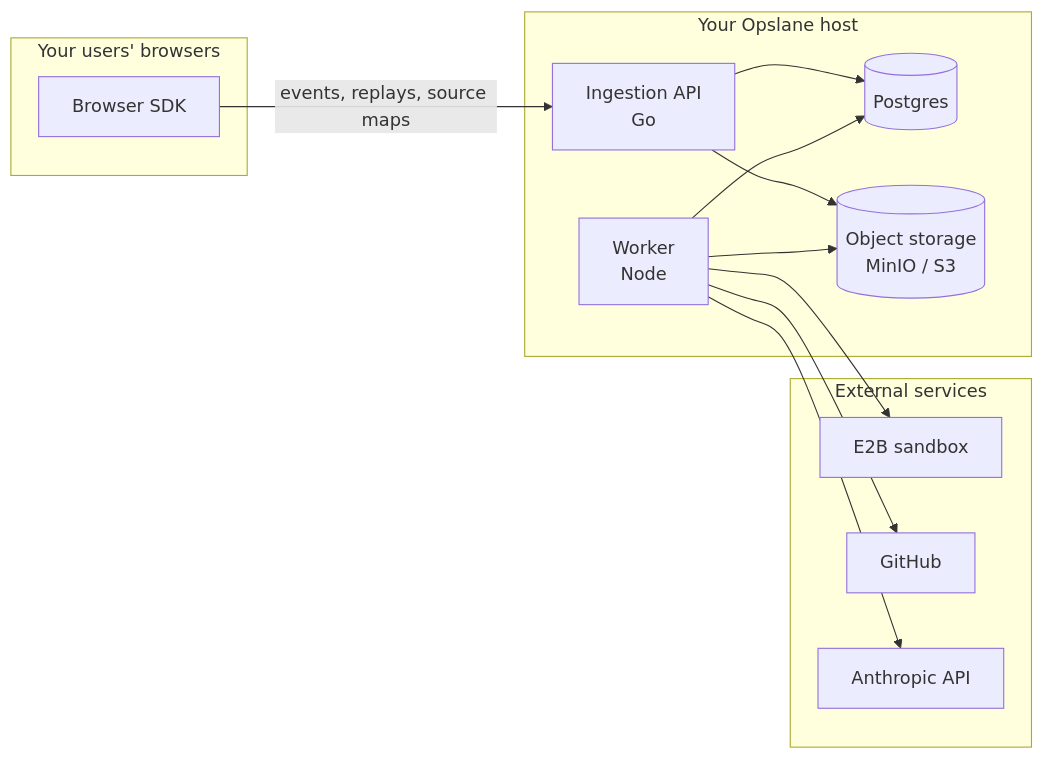
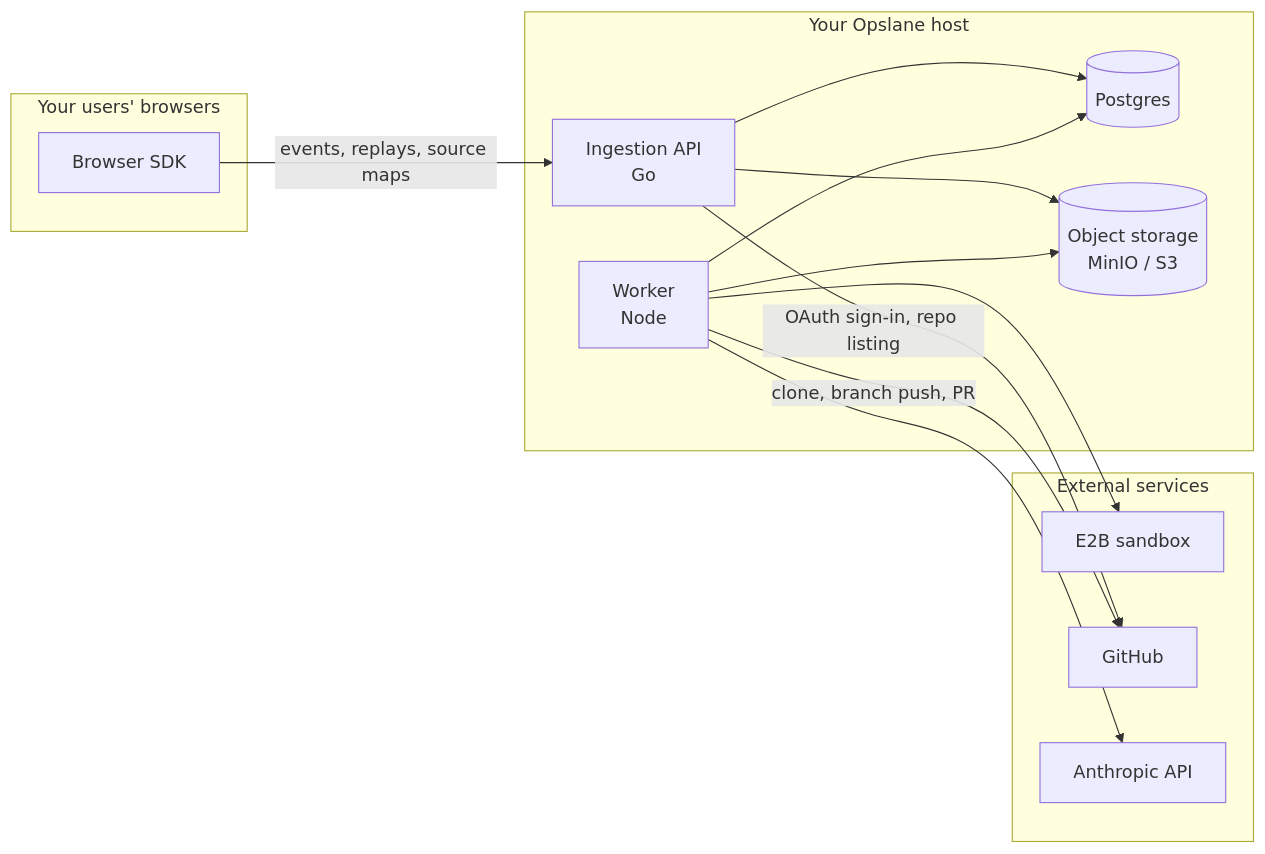
One commit to opslane/opslane-oss changed the diagram in docs/architecture/overview.md. Above: the diagram before and after it, drawn with Mermaid. The commit also changed other lines of this file and 10 other files, not shown here.

````diff
--- a/docs/architecture/overview.md
+++ b/docs/architecture/overview.md
@@ -5,25 +5,26 @@
 ```mermaid
 flowchart LR
     subgraph browser [Your users' browsers]
         SDK[Browser SDK]
     end
     subgraph host [Your Opslane host]
         ING[Ingestion API<br/>Go]
         PG[(Postgres)]
         S3[(Object storage<br/>MinIO / S3)]
         WRK[Worker<br/>Node]
     end
     subgraph external [External services]
         E2B[E2B sandbox]
         GH[GitHub]
         ANT[Anthropic API]
     end
     SDK -->|events, replays, source maps| ING
     ING --> PG
     ING --> S3
+    ING -->|OAuth sign-in, repo listing| GH
     WRK --> PG
     WRK --> S3
     WRK --> E2B
-    WRK --> GH
+    WRK -->|clone, branch push, PR| GH
     WRK --> ANT
 ```
````
